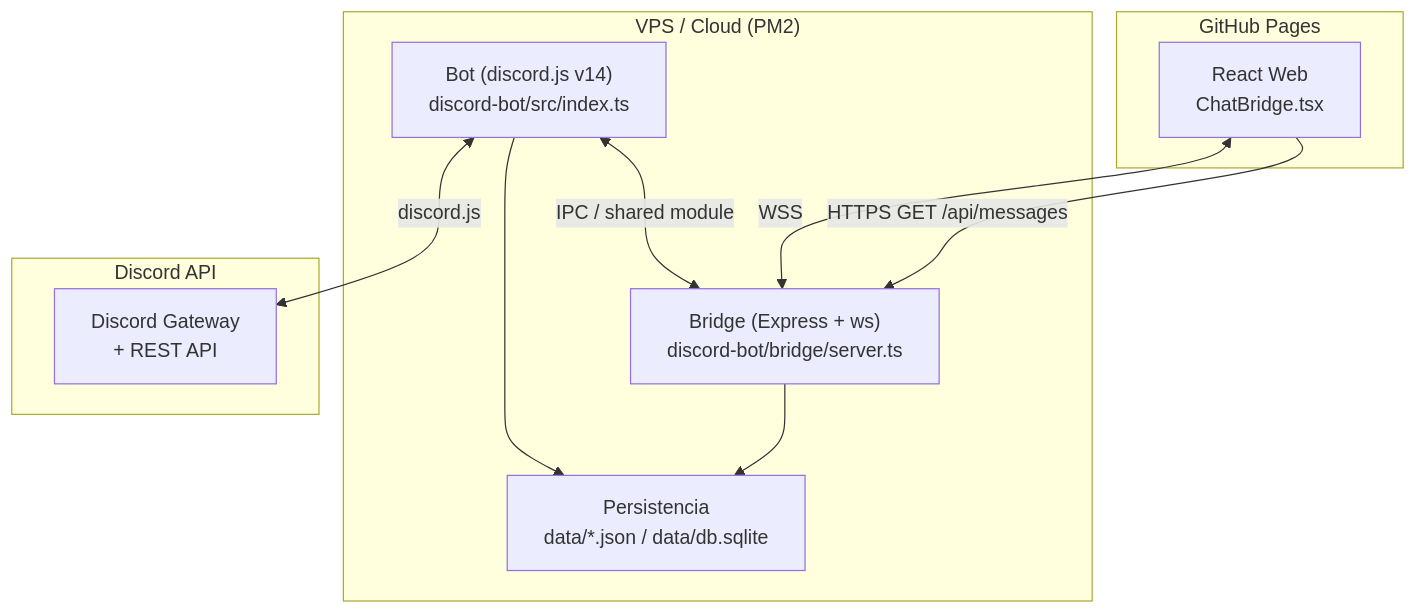
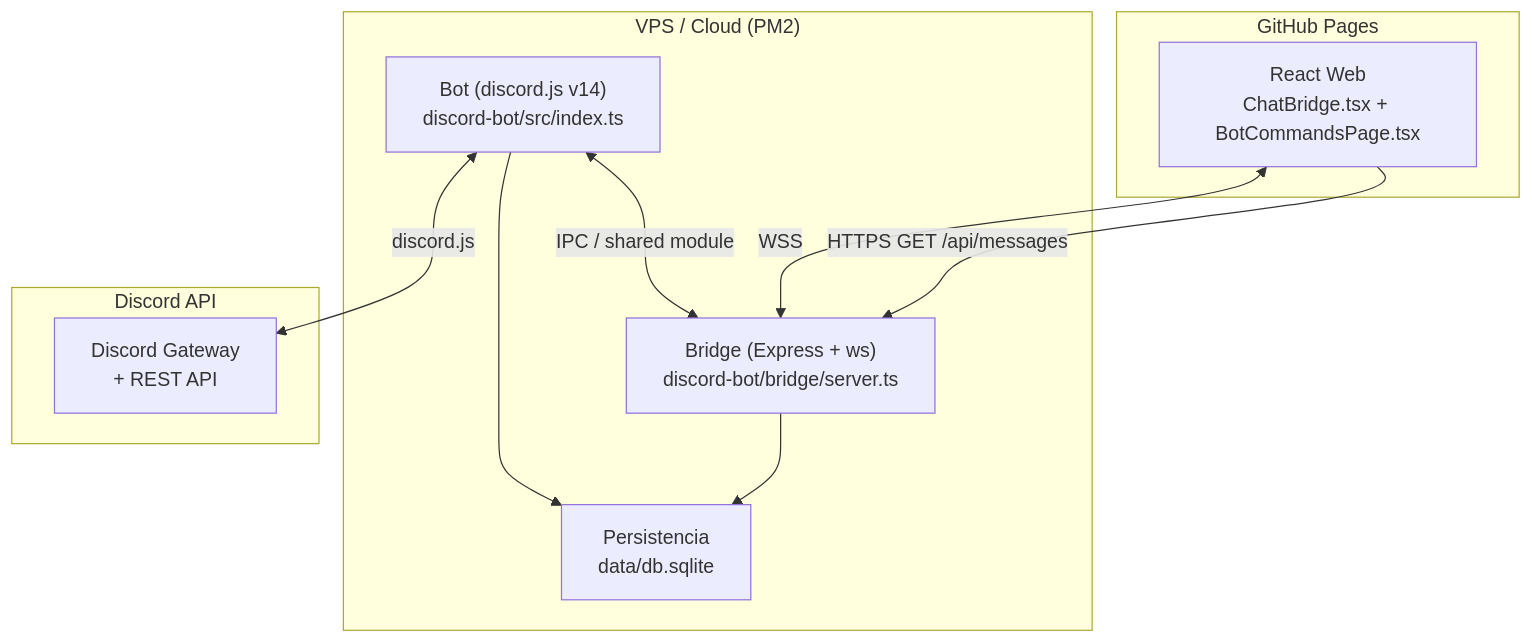
One commit to virgenes/LaCueva changed the diagram in .kiro/specs/discord-bot-integration/design.md. Above: the diagram before and after it, drawn with Mermaid. The commit also changed other lines of this file and 37 other files, not shown here.

````diff
--- a/.kiro/specs/discord-bot-integration/design.md
+++ b/.kiro/specs/discord-bot-integration/design.md
@@ -17,23 +17,23 @@
 ```mermaid
 graph TD
     subgraph "VPS / Cloud (PM2)"
         BOT["Bot (discord.js v14)\ndiscord-bot/src/index.ts"]
         BRIDGE["Bridge (Express + ws)\ndiscord-bot/bridge/server.ts"]
-        DATA["Persistencia\ndata/*.json / data/db.sqlite"]
+        DATA["Persistencia\ndata/db.sqlite"]
         BOT <-->|"IPC / shared module"| BRIDGE
         BOT --> DATA
         BRIDGE --> DATA
     end
 
     subgraph "Discord API"
         DISCORD["Discord Gateway\n+ REST API"]
     end
 
     subgraph "GitHub Pages"
-        WEB["React Web\nChatBridge.tsx"]
+        WEB["React Web\nChatBridge.tsx + BotCommandsPage.tsx"]
     end
 
     BOT <-->|"discord.js"| DISCORD
     WEB <-->|"WSS"| BRIDGE
     WEB -->|"HTTPS GET /api/messages"| BRIDGE
 ```
````
